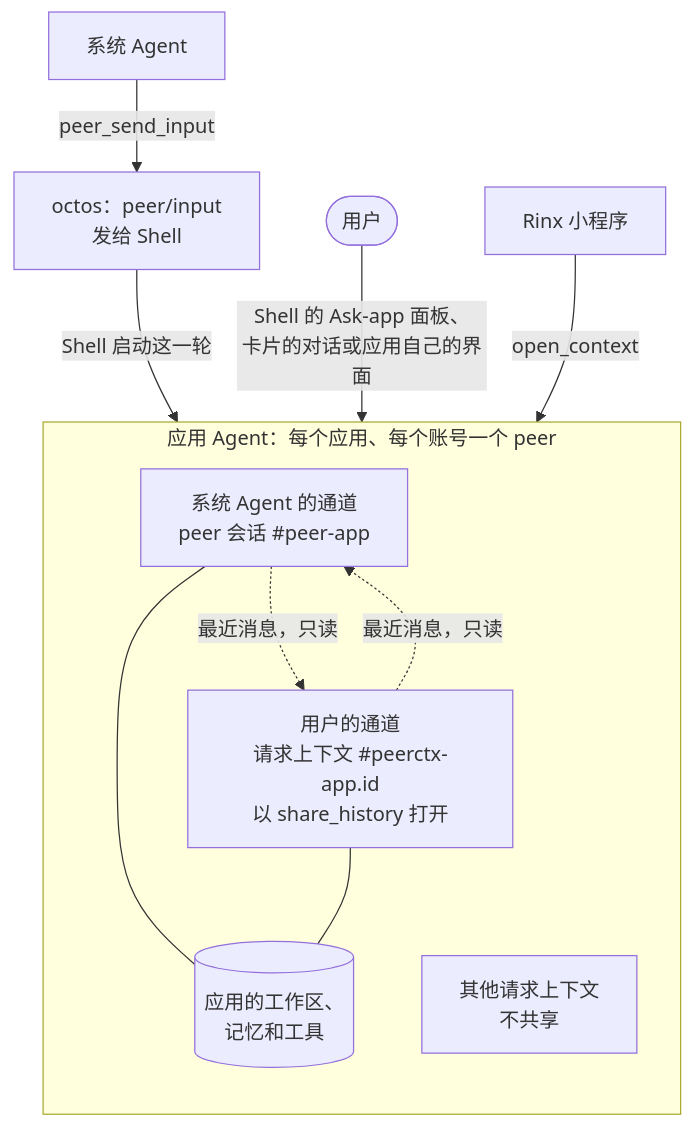
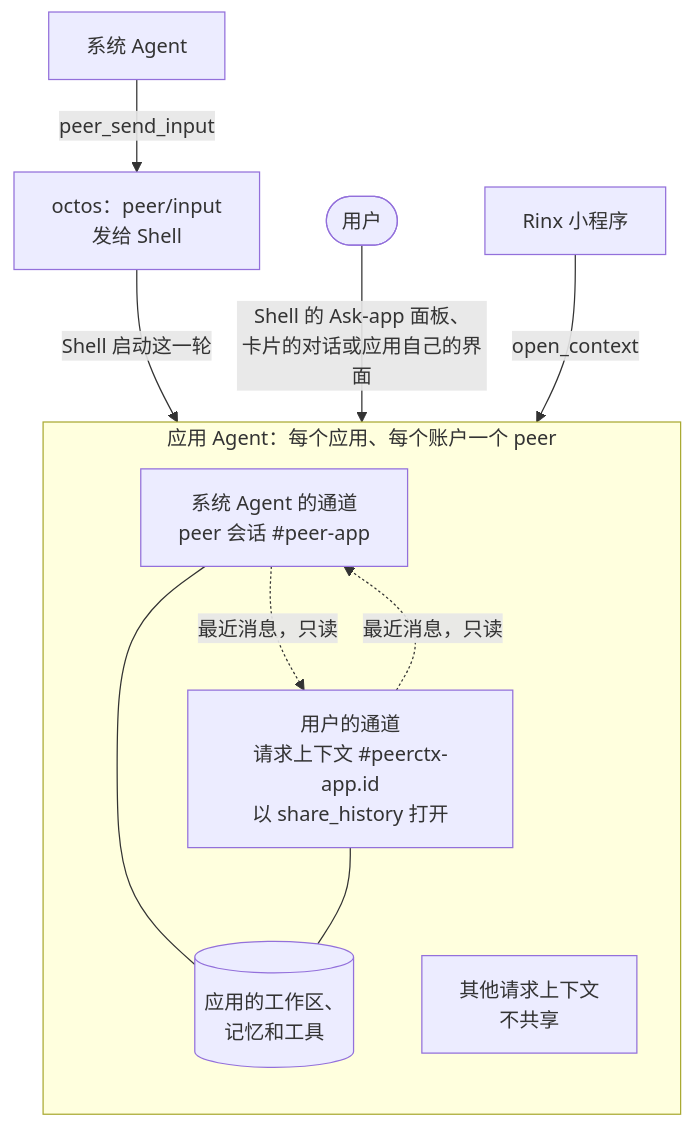
The third of 4 diagrams in README.zh-CN.md (OctoSense-org/OctoSense), drawn with Mermaid before and after one commit. The commit also changed other lines of this file and 7 other files, not shown here.

````diff
--- a/README.zh-CN.md
+++ b/README.zh-CN.md
@@ -182,21 +182,21 @@
 ```mermaid
 flowchart TB
   sys["系统 Agent"]
   person(["用户"])
   mini["Rinx 小程序"]
-  subgraph peer["应用 Agent：每个应用、每个账号一个 peer"]
+  subgraph peer["应用 Agent：每个应用、每个账户一个 peer"]
     direction TB
     lane1["系统 Agent 的通道<br/>peer 会话 #peer-app"]
     lane2["用户的通道<br/>请求上下文 #peerctx-app.id<br/>以 share_history 打开"]
     own[("应用的工作区、<br/>记忆和工具")]
     ctx["其他请求上下文<br/>不共享"]
   end
   sys -->|"peer_send_input"| input["octos：peer/input<br/>发给 Shell"]
   input -->|"Shell 启动这一轮"| lane1
   person -->|"Shell 的 Ask-app 面板、<br/>卡片的对话或应用自己的界面"| lane2
   lane1 -.->|"最近消息，只读"| lane2
   lane2 -.->|"最近消息，只读"| lane1
   lane1 --- own
   lane2 --- own
   mini -->|"open_context"| ctx
 ```
````
